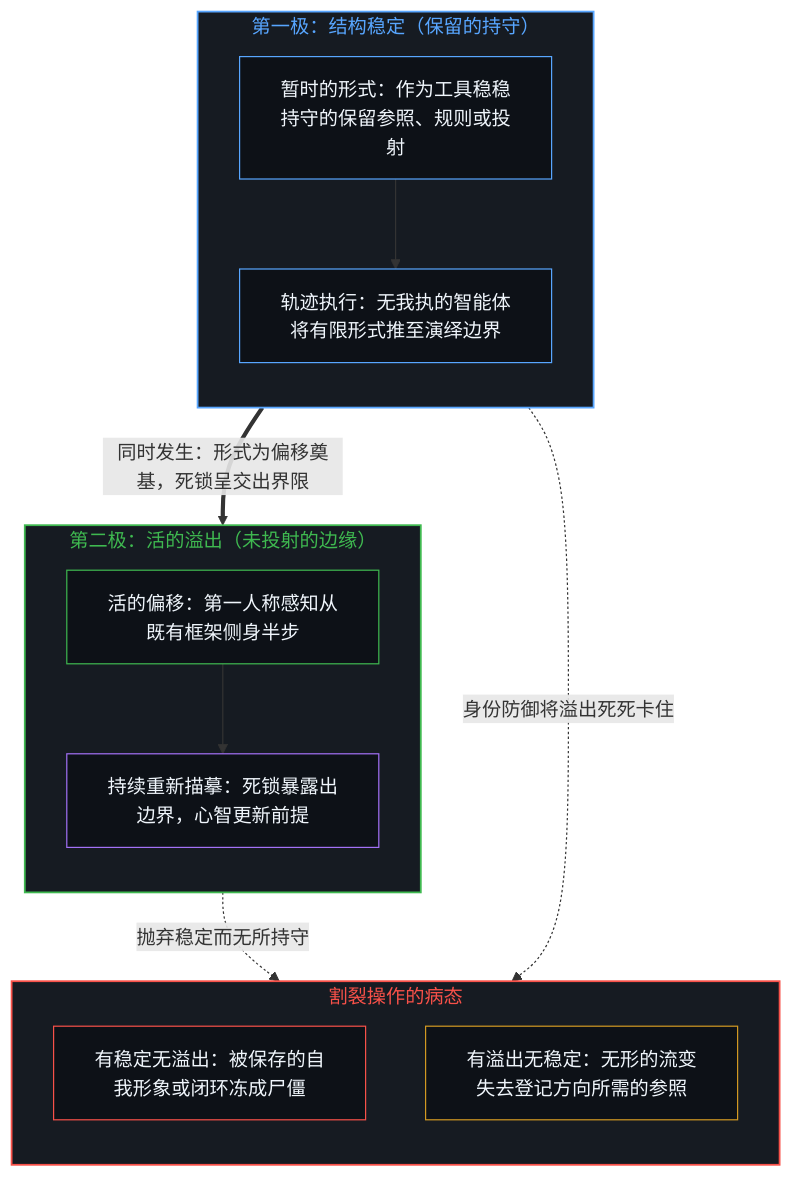
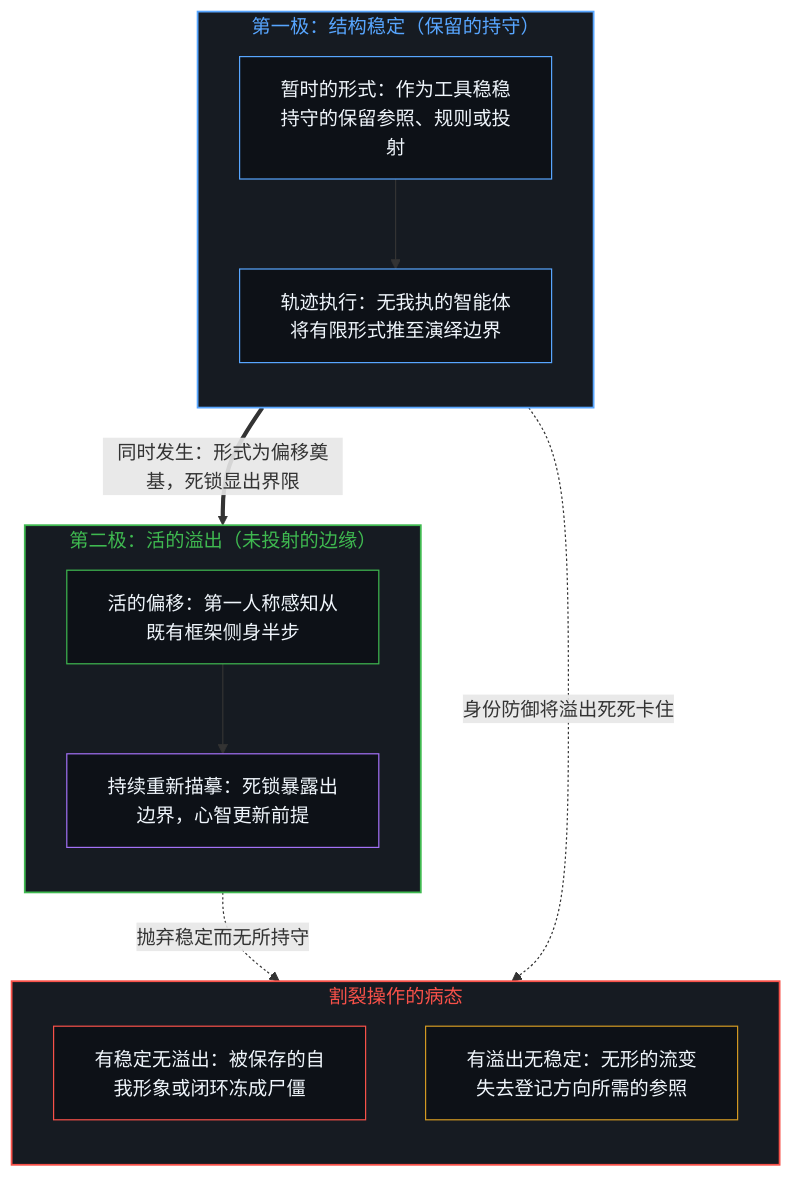
The first of 2 diagrams in content/posts/stability-and-excess.md (powerpig99/not-a-toe), drawn with Mermaid before and after one commit. The commit also changed other lines of this file and 4 other files, not shown here.

````diff
--- a/content/posts/stability-and-excess.md
+++ b/content/posts/stability-and-excess.md
@@ -55,32 +55,32 @@
 ```mermaid
 flowchart TD
     subgraph S_Stable["第一极：结构稳定（保留的持守）"]
         direction TB
         S1["暂时的形式：作为工具稳稳持守的保留参照、规则或投射"]
         S2["轨迹执行：无我执的智能体将有限形式推至演绎边界"]
         S1 --> S2
     end
     subgraph S_Excess["第二极：活的溢出（未投射的边缘）"]
         direction TB
         E1["活的偏移：第一人称感知从既有框架侧身半步"]
         E2["持续重新描摹：死锁暴露出边界，心智更新前提"]
         E1 --> E2
     end
     subgraph S_Collapse["割裂操作的病态"]
         direction TB
         O1["有稳定无溢出：被保存的自我形象或闭环冻成尸僵"]
         O2["有溢出无稳定：无形的流变失去登记方向所需的参照"]
     end
-    S2 ==>|"同时发生：形式为偏移奠基，死锁呈交出界限"| E1
+    S2 ==>|"同时发生：形式为偏移奠基，死锁显出界限"| E1
     S1 -.->|"身份防御将溢出死死卡住"| O1
     E1 -.->|"抛弃稳定而无所持守"| O2
     style S_Stable fill:#161b22,stroke:#58a6ff,stroke-width:1.5px,color:#58a6ff
     style S_Excess fill:#161b22,stroke:#3fb950,stroke-width:1.5px,color:#3fb950
     style S_Collapse fill:#161b22,stroke:#f85149,stroke-width:1.5px,color:#f85149
     style S1 fill:#0d1117,stroke:#58a6ff,stroke-width:1px,color:#f0f6fc
     style S2 fill:#0d1117,stroke:#58a6ff,stroke-width:1px,color:#f0f6fc
     style E1 fill:#0d1117,stroke:#3fb950,stroke-width:1px,color:#f0f6fc
     style E2 fill:#0d1117,stroke:#a371f7,stroke-width:1px,color:#f0f6fc
     style O1 fill:#0d1117,stroke:#f85149,stroke-width:1px,color:#f0f6fc
     style O2 fill:#0d1117,stroke:#d29922,stroke-width:1px,color:#f0f6fc
 ```
````
